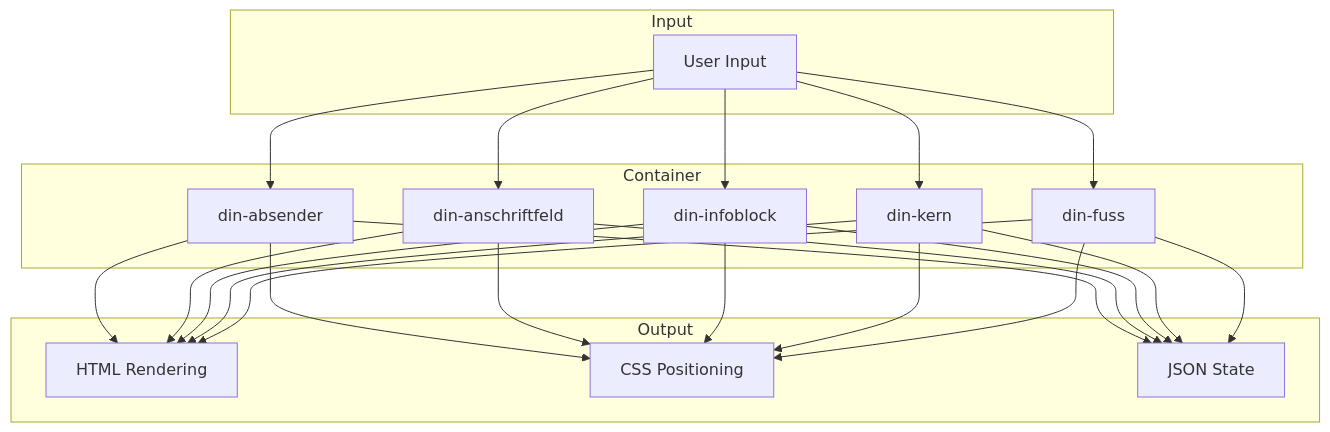
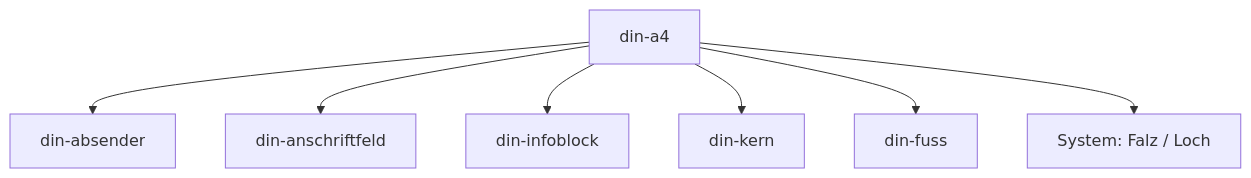
One commit to grapefruit89/DIN-BriefNEO changed the diagram in docs/10-architecture/IMR-Registry.md. Above: the diagram before and after it, drawn with Mermaid. The commit also changed other lines of this file, not shown here.

Commit message:
architecture: IMR-Registry als normatives Master-Modell (45 Atome, belegte Geometrie unverändert)

````diff
--- a/docs/10-architecture/IMR-Registry.md
+++ b/docs/10-architecture/IMR-Registry.md
@@ -65,46 +104,10 @@
 ```mermaid
 graph TD
-    subgraph Input
-        A[User Input]
-    end
-    
-    subgraph Container
-        B[din-absender]
-        C[din-anschriftfeld]
-        D[din-infoblock]
-        E[din-kern]
-        F[din-fuss]
-    end
-    
-    subgraph Output
-        G[HTML Rendering]
-        H[CSS Positioning]
-        I[JSON State]
-    end
-    
-    A --> B
-    A --> C
-    A --> D
-    A --> E
-    A --> F
-    
-    B --> G
-    B --> H
-    B --> I
-    
-    C --> G
-    C --> H
-    C --> I
-    
-    D --> G
-    D --> H
-    D --> I
-    
-    E --> G
-    E --> H
-    E --> I
-    
-    F --> G
-    F --> H
-    F --> I
+    R[din-a4]
+    R --> B[din-absender]
+    R --> C[din-anschriftfeld]
+    R --> D[din-infoblock]
+    R --> E[din-kern]
+    R --> F[din-fuss]
+    R --> S[System: Falz / Loch]
 ```
````
